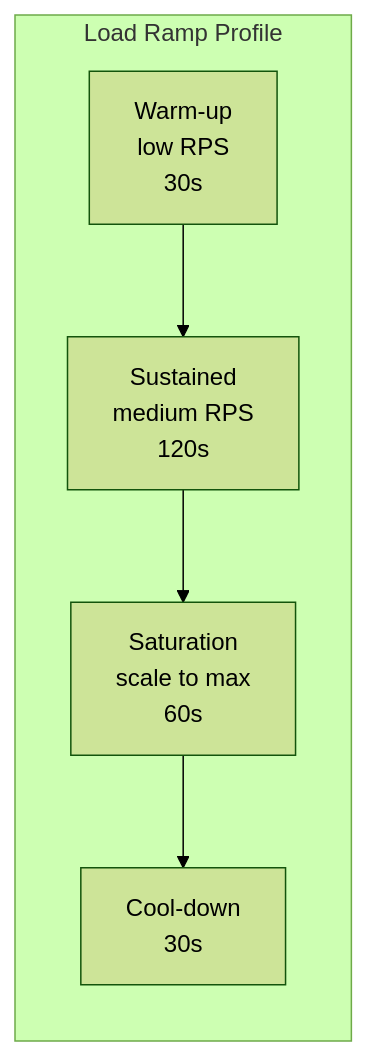
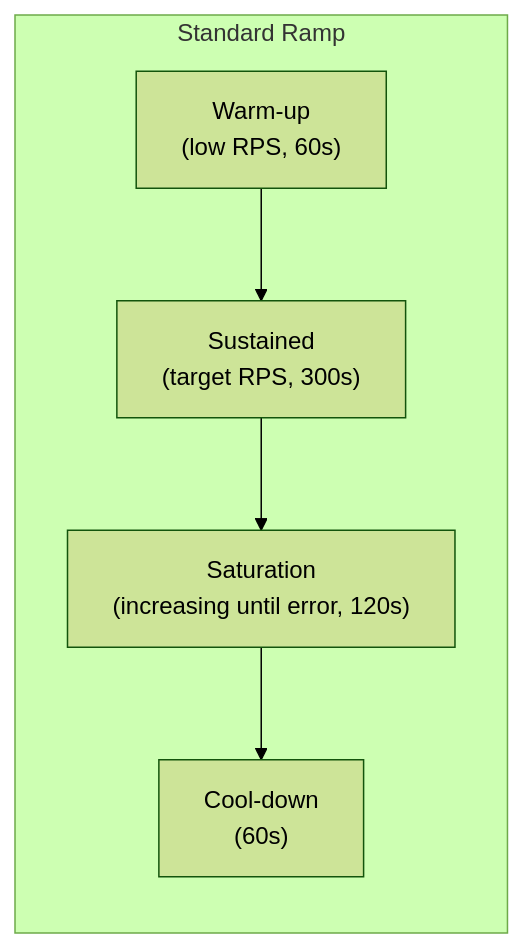
One commit to 1Shubham7/knotes changed the third of 6 diagrams in teamp.md. Above: the diagram before and after it, drawn with Mermaid (forest theme). The commit also changed other lines of this file, not shown here.

````diff
--- a/teamp.md
+++ b/teamp.md
@@ -249,10 +222,8 @@
 ```mermaid
 graph LR
-    subgraph "Load Ramp Profile"
-        L1["Warm-up<br/>low RPS<br/>30s"]
-        L2["Sustained<br/>medium RPS<br/>120s"]
-        L3["Saturation<br/>scale to max<br/>60s"]
-        L4["Cool-down<br/>30s"]
-        L1 --> L2 --> L3 --> L4
+    subgraph "Standard Ramp"
+        L1["Warm-up<br/>(low RPS, 60s)"] --> L2["Sustained<br/>(target RPS, 300s)"]
+        L2 --> L3["Saturation<br/>(increasing until error, 120s)"]
+        L3 --> L4["Cool-down<br/>(60s)"]
     end
 ```
````
